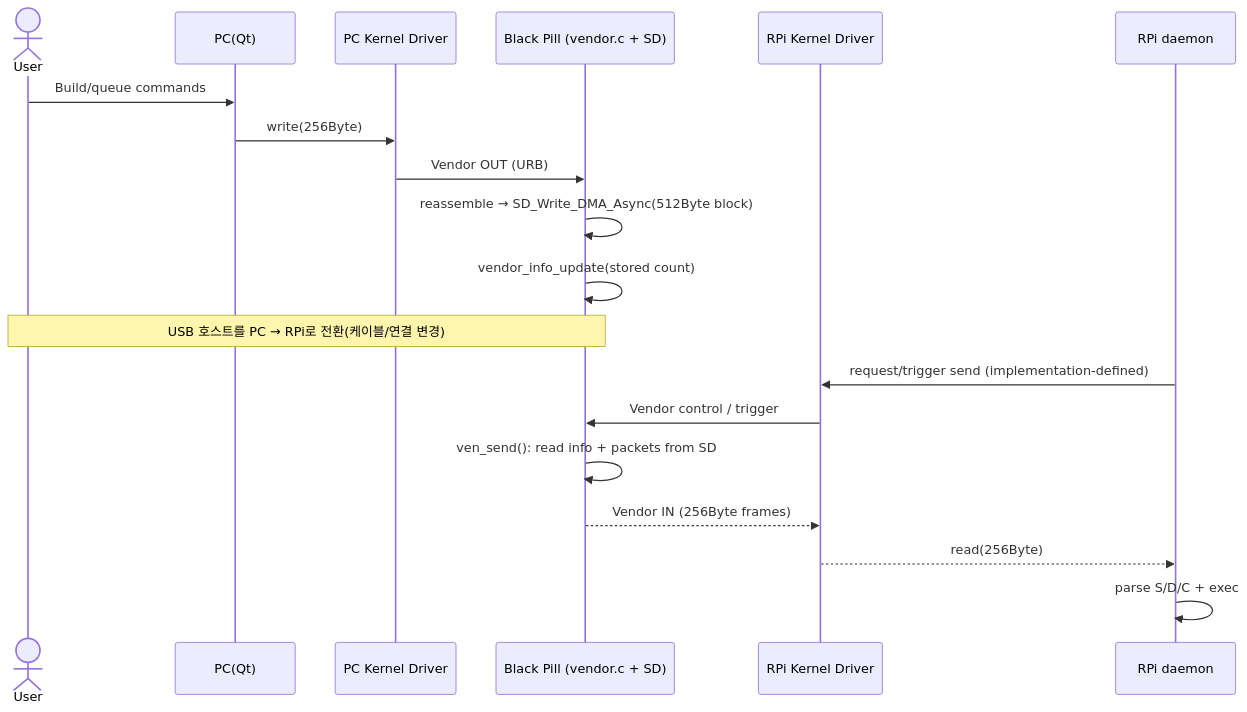
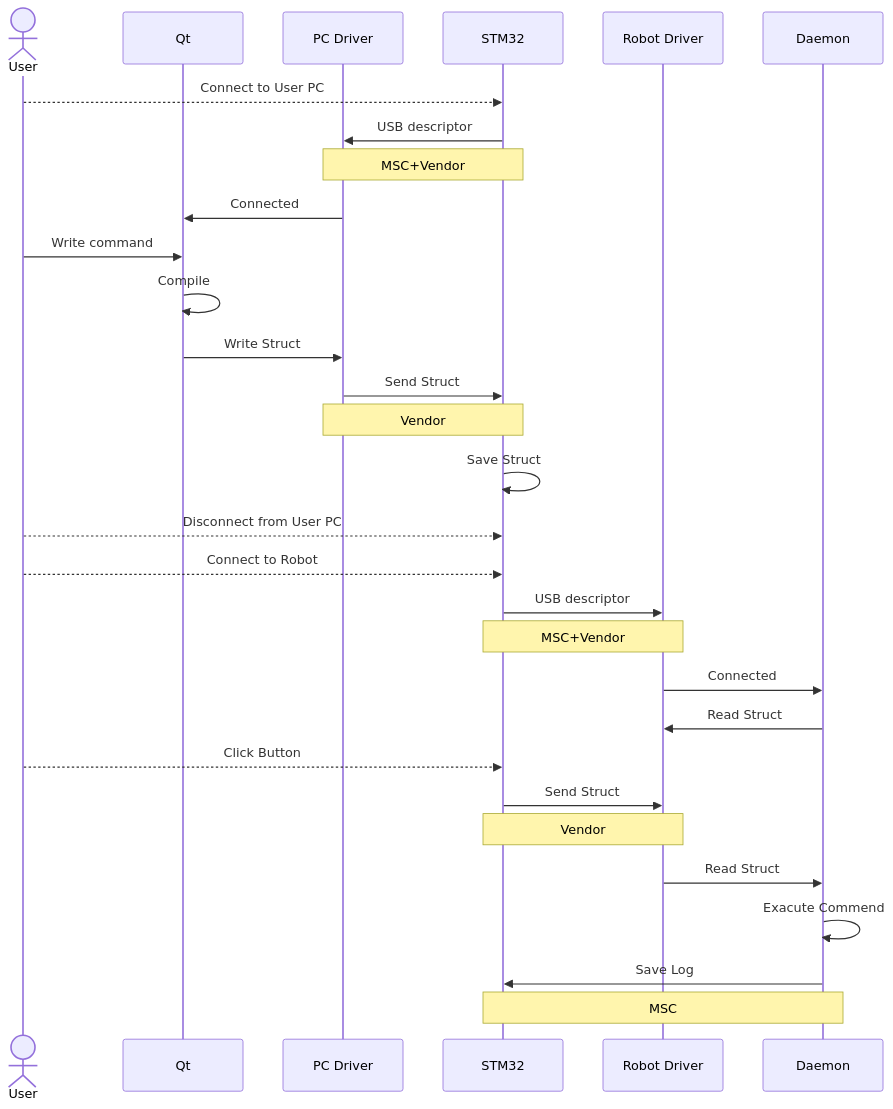
Before and after one commit to ChangHoiAn/example: the fourth of 4 diagrams in README.md, drawn with Mermaid.

````diff
--- a/README.md
+++ b/README.md
@@ -207,24 +207,36 @@
 ```mermaid
 sequenceDiagram
-  actor User
-  participant Qt as PC(Qt)
-  participant KPC as PC Kernel Driver
-  participant STM32 as Black Pill (vendor.c + SD)
-  participant KRPI as RPi Kernel Driver
-  participant Daemon as RPi daemon
-
-  User->>Qt: Build/queue commands
-  Qt->>KPC: write(256Byte)
-  KPC->>STM32: Vendor OUT (URB)
-  STM32->>STM32: reassemble → SD_Write_DMA_Async(512Byte block)
-  STM32->>STM32: vendor_info_update(stored count)
-
-  Note over User,STM32: USB 호스트를 PC → RPi로 전환(케이블/연결 변경)
-
-  Daemon->>KRPI: request/trigger send (implementation-defined)
-  KRPI->>STM32: Vendor control / trigger
-  STM32->>STM32: ven_send(): read info + packets from SD
-  STM32-->>KRPI: Vendor IN (256Byte frames)
-  KRPI-->>Daemon: read(256Byte)
-  Daemon->>Daemon: parse S/D/C + exec
+	actor User
+	participant Qt
+	participant PC Driver
+	participant STM32
+	participant Robot Driver
+	participant Daemon
+	
+	User -->> STM32: Connect to User PC
+	STM32 ->> PC Driver: USB descriptor
+	Note over PC Driver, STM32: MSC+Vendor
+	PC Driver ->> Qt: Connected
+	User ->> Qt: Write command
+	Qt ->> Qt: Compile
+	Qt ->> PC Driver: Write Struct
+	PC Driver ->> STM32: Send Struct
+	Note over PC Driver, STM32: Vendor
+	STM32 ->> STM32: Save Struct
+	
+	User -->> STM32: Disconnect from User PC
+	User -->> STM32: Connect to Robot
+	
+	STM32 ->> Robot Driver: USB descriptor
+	Note over Robot Driver, STM32: MSC+Vendor
+	Robot Driver ->> Daemon: Connected
+	Daemon ->> Robot Driver: Read Struct
+	
+	User -->> STM32: Click Button
+	STM32 ->> Robot Driver: Send Struct
+	Note over Robot Driver, STM32: Vendor
+	Robot Driver ->> Daemon: Read Struct
+	Daemon ->> Daemon: Exacute Commend
+	Daemon ->> STM32: Save Log
+	Note over Daemon, STM32: MSC	
 ```
````
